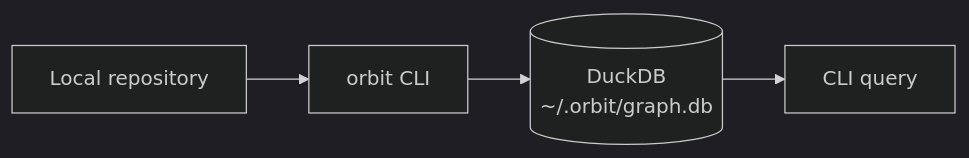
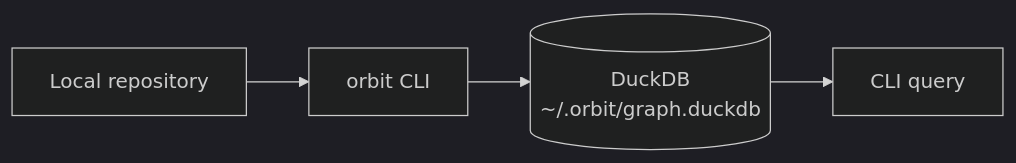
Before and after one commit to gitlabhq/orbit-knowledge-graph: the second of 2 diagrams in docs/source/_index.md, drawn with Mermaid (dark theme). The commit also changed other lines of this file and 20 other files, not shown here.

````diff
--- a/docs/source/_index.md
+++ b/docs/source/_index.md
@@ -89,9 +89,9 @@
 ```mermaid
 flowchart LR
     accTitle: Orbit Local architecture
     accDescr: The orbit CLI parses a local repository, builds a code graph, and writes it to a local DuckDB file. You query the graph via the CLI.
 
     Repo[Local repository] --> CLI["orbit CLI"]
-    CLI --> DB[("DuckDB\n~/.orbit/graph.db")]
+    CLI --> DB[("DuckDB\n~/.orbit/graph.duckdb")]
     DB --> Query[CLI query]
 ```
````
